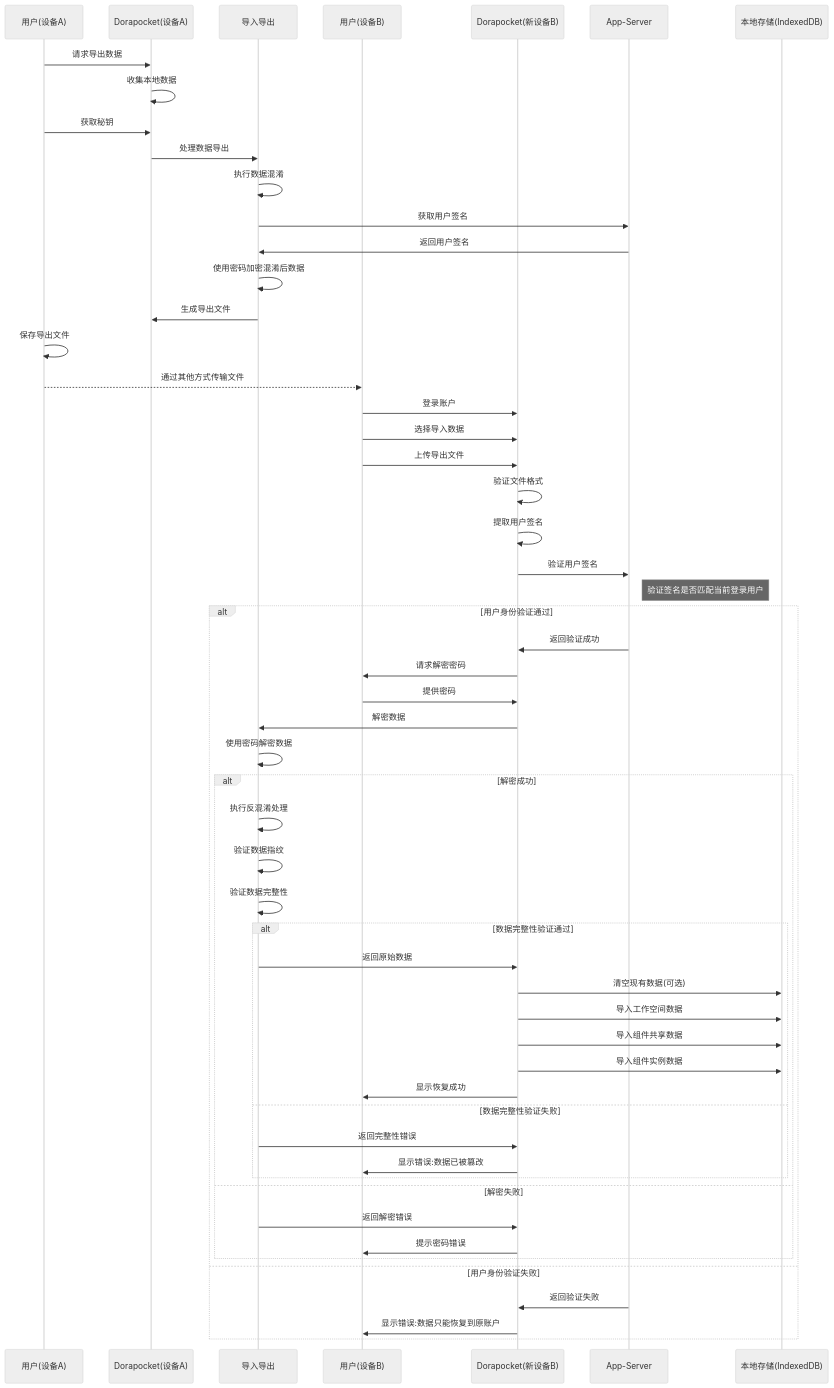
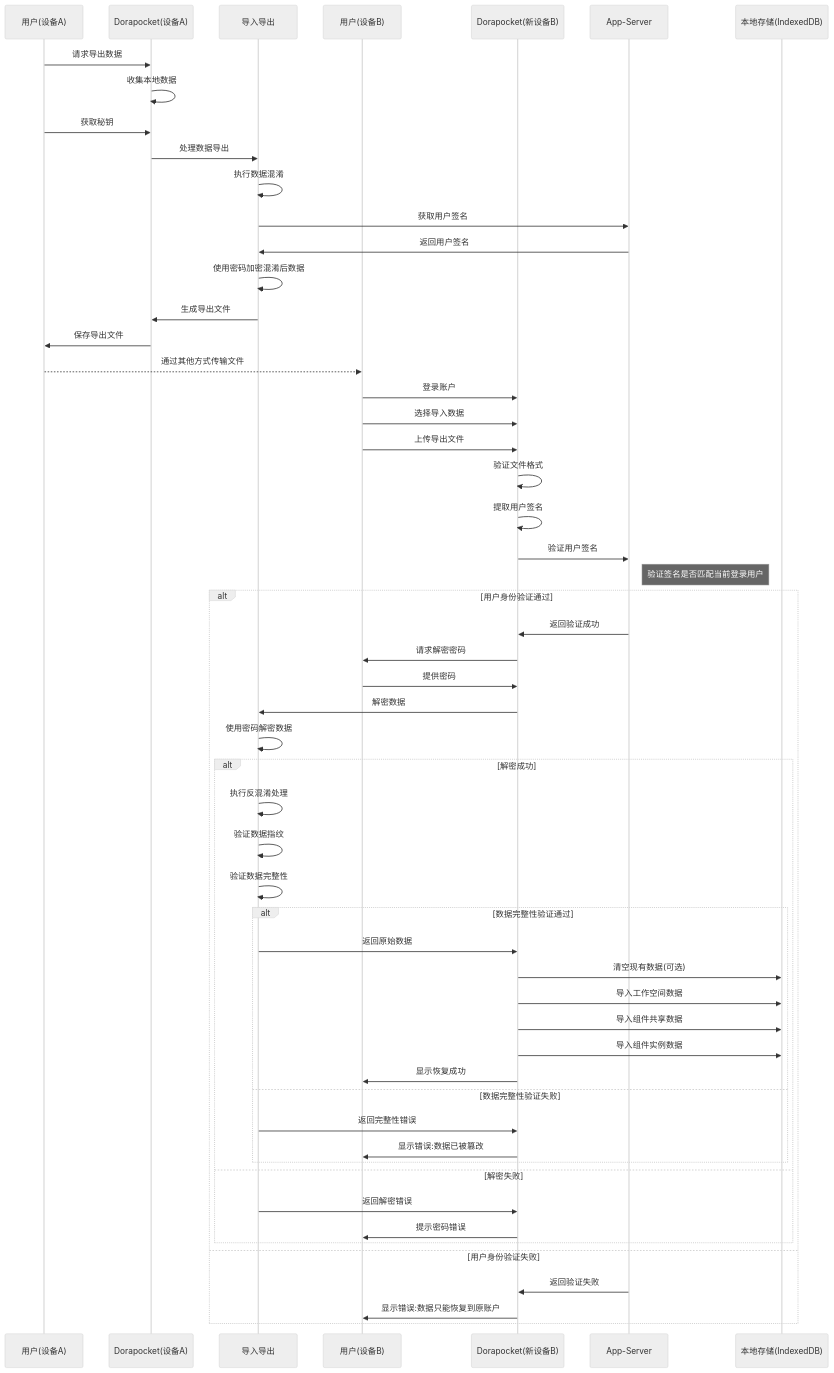
Before and after one commit to yingjianzh/iodraw-files: the diagram in all/未命名-34.md, drawn with Mermaid (neutral theme).

Commit message:
2025-04-17 16:54:34 update

````diff
--- a/all/未命名-34.md
+++ b/all/未命名-34.md
@@ -1,71 +1,70 @@
 ```mermaid
 sequenceDiagram
     participant UserOld as 用户(设备A)
     participant AppOld as Dorapocket(设备A)
     participant Security as 导入导出
     participant UserNew as 用户(设备B)
     participant AppNew as Dorapocket(新设备B)
     participant AppServer as App-Server
     participant LocalDB as 本地存储(IndexedDB)
     
     %% 导出流程
     UserOld->>AppOld: 请求导出数据
     AppOld->>AppOld: 收集本地数据
     UserOld->>AppOld: 获取秘钥
     
     AppOld->>Security: 处理数据导出
     Security->>Security: 执行数据混淆
     Security->>AppServer: 获取用户签名
     AppServer->>Security: 返回用户签名
     Security->>Security: 使用密码加密混淆后数据
     Security->>AppOld: 生成导出文件
-
-    UserOld->>UserOld: 保存导出文件
+    AppOld->>UserOld: 保存导出文件
     
     %% 传输文件(由用户完成)
     UserOld-->>UserNew: 通过其他方式传输文件
     
     %% 恢复流程
     UserNew->>AppNew: 登录账户
     UserNew->>AppNew: 选择导入数据
     UserNew->>AppNew: 上传导出文件
     
     AppNew->>AppNew: 验证文件格式
     AppNew->>AppNew: 提取用户签名
     
     AppNew->>AppServer: 验证用户签名
     note right of AppServer: 验证签名是否匹配当前登录用户
     
     alt 用户身份验证通过
         AppServer->>AppNew: 返回验证成功
         AppNew->>UserNew: 请求解密密码
         UserNew->>AppNew: 提供密码
         
         AppNew->>Security: 解密数据
         Security->>Security: 使用密码解密数据
         
         alt 解密成功
             Security->>Security: 执行反混淆处理
             Security->>Security: 验证数据指纹
             Security->>Security: 验证数据完整性
             
             alt 数据完整性验证通过
                 Security->>AppNew: 返回原始数据
                 AppNew->>LocalDB: 清空现有数据(可选)
                 AppNew->>LocalDB: 导入工作空间数据
                 AppNew->>LocalDB: 导入组件共享数据
                 AppNew->>LocalDB: 导入组件实例数据
                 AppNew->>UserNew: 显示恢复成功
             else 数据完整性验证失败
                 Security->>AppNew: 返回完整性错误
                 AppNew->>UserNew: 显示错误:数据已被篡改
             end
         else 解密失败
             Security->>AppNew: 返回解密错误
             AppNew->>UserNew: 提示密码错误
         end
     else 用户身份验证失败
         AppServer->>AppNew: 返回验证失败
         AppNew->>UserNew: 显示错误:数据只能恢复到原账户
     end
 ```
````
